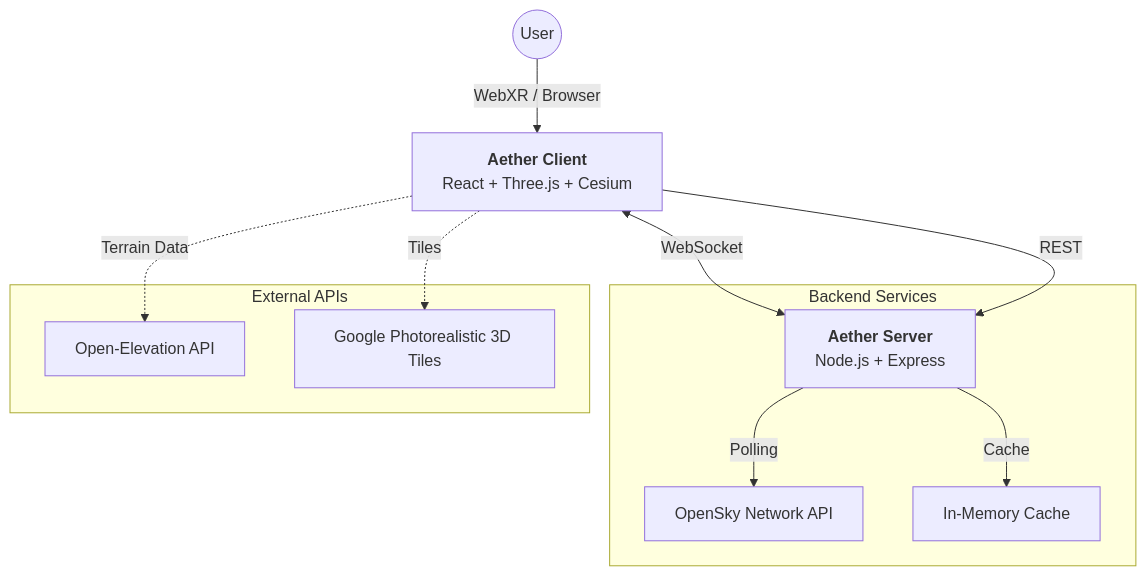
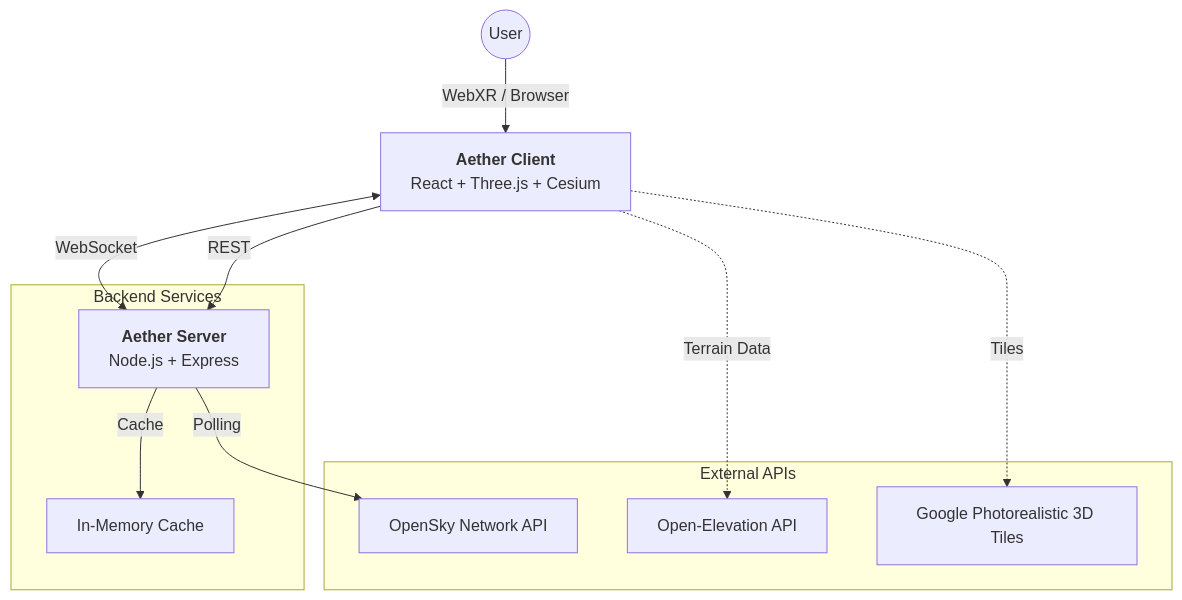
Before and after one commit to Splestule/Aether: the diagram in README.md, drawn with Mermaid. The commit also changed other lines of this file, not shown here.

Commit message:
README app structure diagram update

````diff
--- a/README.md
+++ b/README.md
@@ -42,19 +42,20 @@
 ```mermaid
 graph TD
     User((User)) -->|WebXR / Browser| Client[<b>Aether Client</b><br/>React + Three.js + Cesium]
     Client <-->|WebSocket| Server[<b>Aether Server</b><br/>Node.js + Express]
     Client -->|REST| Server
     
     subgraph Backend Services
-    Server -->|Polling| OpenSky[OpenSky Network API]
     Server -->|Cache| InMem[In-Memory Cache]
     end
     
     subgraph External APIs
+    OpenSky[OpenSky Network API]
     Elevation[Open-Elevation API]
     Google3D[Google Photorealistic 3D Tiles]
     end
     
+    Server -->|Polling| OpenSky
     Client -.->|Terrain Data| Elevation
     Client -.->|Tiles| Google3D
 ```
````
